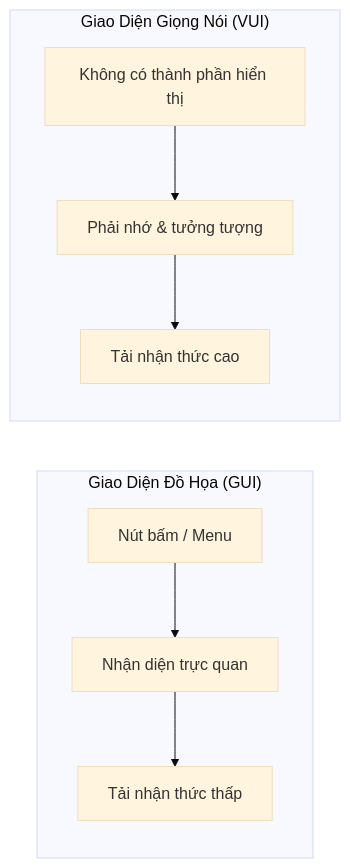
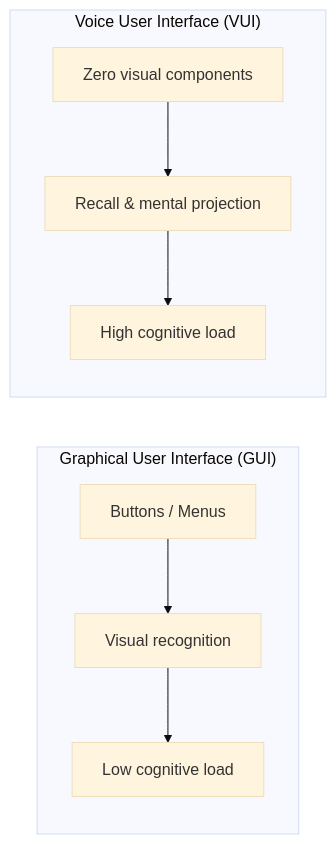
One commit to jangtrinh/design-os-voice-ux changed the diagram in 01-foundations/mental-models-and-affordance.md. Above: the diagram before and after it, drawn with Mermaid (base theme). The commit also changed other lines of this file and 41 other files, not shown here.

````diff
--- a/01-foundations/mental-models-and-affordance.md
+++ b/01-foundations/mental-models-and-affordance.md
@@ -14,12 +14,12 @@
 ```mermaid
 graph LR
-    subgraph GUI ["Giao Diện Đồ Họa (GUI)"]
-        A[Nút bấm / Menu] --> B[Nhận diện trực quan]
-        B --> C[Tải nhận thức thấp]
+    subgraph GUI ["Graphical User Interface (GUI)"]
+        A[Buttons / Menus] --> B[Visual recognition]
+        B --> C[Low cognitive load]
     end
 
-    subgraph VUI ["Giao Diện Giọng Nói (VUI)"]
-        D[Không có thành phần hiển thị] --> E[Phải nhớ & tưởng tượng]
-        E --> F[Tải nhận thức cao]
+    subgraph VUI ["Voice User Interface (VUI)"]
+        D[Zero visual components] --> E[Recall & mental projection]
+        E --> F[High cognitive load]
     end
 ```
````
